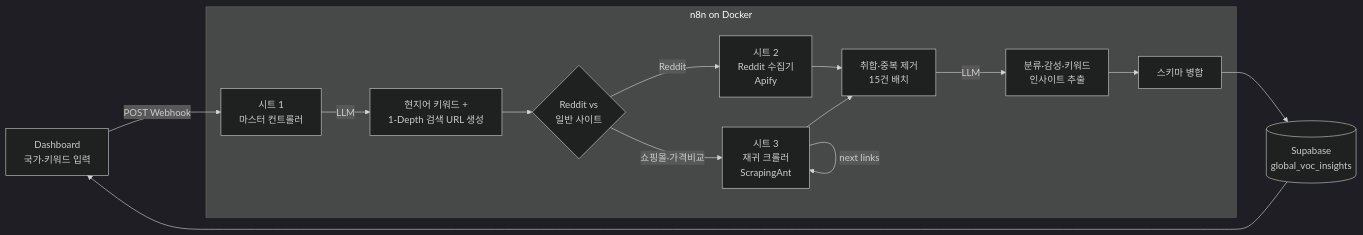
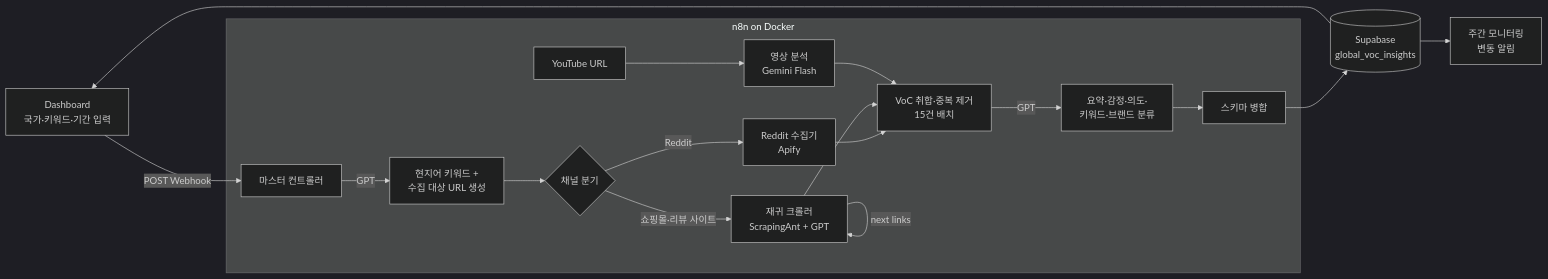
Before and after one commit to wjdals0122/gloabl_VOC_: the diagram in README.md, drawn with Mermaid (dark theme). The commit also changed other lines of this file, not shown here.

Commit message:
README: complete project description, model choices (GPT/Gemini Flash), detailed API spec

````diff
--- a/README.md
+++ b/README.md
@@ -54,19 +54,22 @@
 ```mermaid
 flowchart LR
-    UI[Dashboard<br/>국가·키워드 입력] -->|POST Webhook| S1
+    UI[Dashboard<br/>국가·키워드·기간 입력] -->|POST Webhook| S1
 
     subgraph N8N[n8n on Docker]
-        S1[시트 1<br/>마스터 컨트롤러] -->|LLM| L1[현지어 키워드 +<br/>1-Depth 검색 URL 생성]
-        L1 --> SW{Reddit vs<br/>일반 사이트}
-        SW -->|Reddit| S2[시트 2<br/>Reddit 수집기<br/>Apify]
-        SW -->|쇼핑몰·가격비교| S3[시트 3<br/>재귀 크롤러<br/>ScrapingAnt]
+        S1[마스터 컨트롤러] -->|GPT| L1[현지어 키워드 +<br/>수집 대상 URL 생성]
+        L1 --> SW{채널 분기}
+        SW -->|Reddit| S2[Reddit 수집기<br/>Apify]
+        SW -->|쇼핑몰·리뷰 사이트| S3[재귀 크롤러<br/>ScrapingAnt + GPT]
         S3 -->|next links| S3
-        S2 --> AGG[취합·중복 제거<br/>15건 배치]
+        YT[YouTube URL] --> S4[영상 분석<br/>Gemini Flash]
+        S2 --> AGG[VoC 취합·중복 제거<br/>15건 배치]
         S3 --> AGG
-        AGG -->|LLM| AI[분류·감성·키워드<br/>인사이트 추출]
+        S4 --> AGG
+        AGG -->|GPT| AI[요약·감정·의도·<br/>키워드·브랜드 분류]
         AI --> MG[스키마 병합]
     end
 
     MG --> DB[(Supabase<br/>global_voc_insights)]
     DB --> UI
+    DB --> AL[주간 모니터링<br/>변동 알림]
 ```
````
